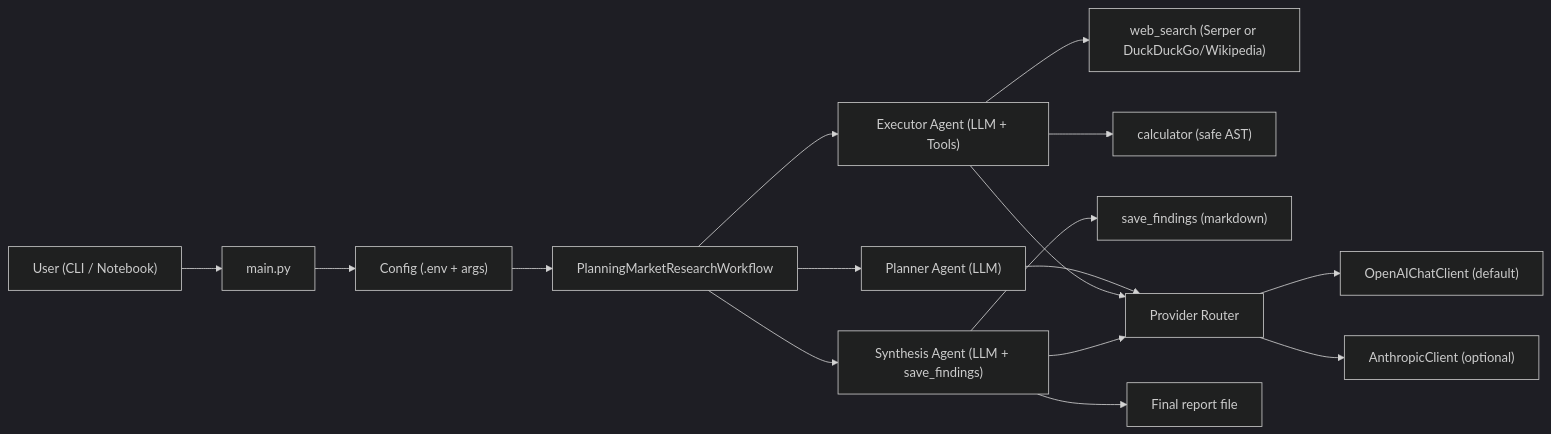
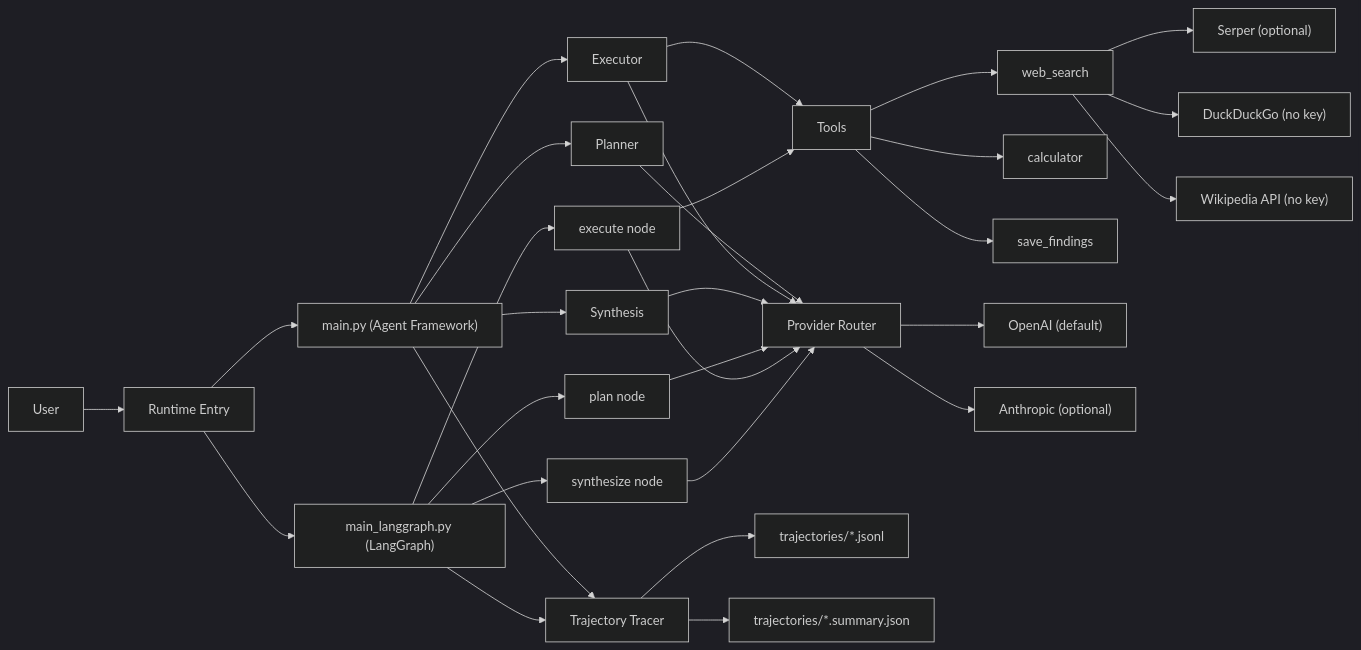
The diagram in README.md (tuandung222/agent-planning-trajectory-lab), drawn with Mermaid (dark theme) before and after one commit. The commit also changed other lines of this file, not shown here.

Commit message:
Rewrite README to reflect framework evolution and architecture

````diff
--- a/README.md
+++ b/README.md
@@ -34,22 +28,39 @@
 ```mermaid
 flowchart LR
-    U["User (CLI / Notebook)"] --> M["main.py"]
-    M --> C["Config (.env + args)"]
-    C --> W["PlanningMarketResearchWorkflow"]
+    U["User"] --> R["Runtime Entry"]
+    R --> M1["main.py (Agent Framework)"]
+    R --> M2["main_langgraph.py (LangGraph)"]
 
-    W --> P["Planner Agent (LLM)"]
-    W --> E["Executor Agent (LLM + Tools)"]
-    W --> S["Synthesis Agent (LLM + save_findings)"]
+    M1 --> P1["Planner"]
+    M1 --> E1["Executor"]
+    M1 --> S1["Synthesis"]
 
-    E --> T1["web_search (Serper or DuckDuckGo/Wikipedia)"]
-    E --> T2["calculator (safe AST)"]
-    S --> T3["save_findings (markdown)"]
+    M2 --> P2["plan node"]
+    M2 --> E2["execute node"]
+    M2 --> S2["synthesize node"]
 
-    P --> R["Provider Router"]
-    E --> R
-    S --> R
-    R --> O["OpenAIChatClient (default)"]
-    R --> A["AnthropicClient (optional)"]
+    E1 --> T["Tools"]
+    E2 --> T
+    T --> WS["web_search"]
+    T --> CAL["calculator"]
+    T --> SAVE["save_findings"]
 
-    S --> F["Final report file"]
+    WS --> SERP["Serper (optional)"]
+    WS --> DDG["DuckDuckGo (no key)"]
+    WS --> WIKI["Wikipedia API (no key)"]
+
+    P1 --> LLM["Provider Router"]
+    E1 --> LLM
+    S1 --> LLM
+    P2 --> LLM
+    E2 --> LLM
+    S2 --> LLM
+
+    LLM --> OAI["OpenAI (default)"]
+    LLM --> ANT["Anthropic (optional)"]
+
+    M1 --> TR["Trajectory Tracer"]
+    M2 --> TR
+    TR --> JSONL["trajectories/*.jsonl"]
+    TR --> SUM["trajectories/*.summary.json"]
 ```
````
